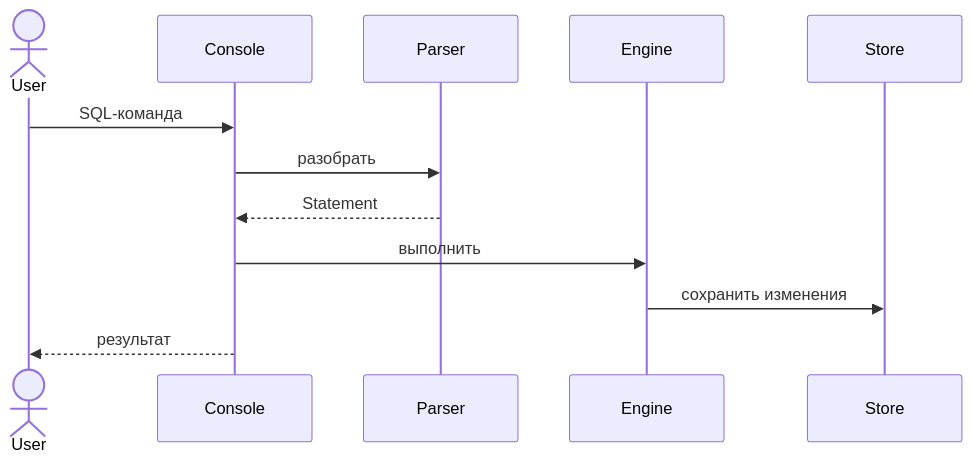
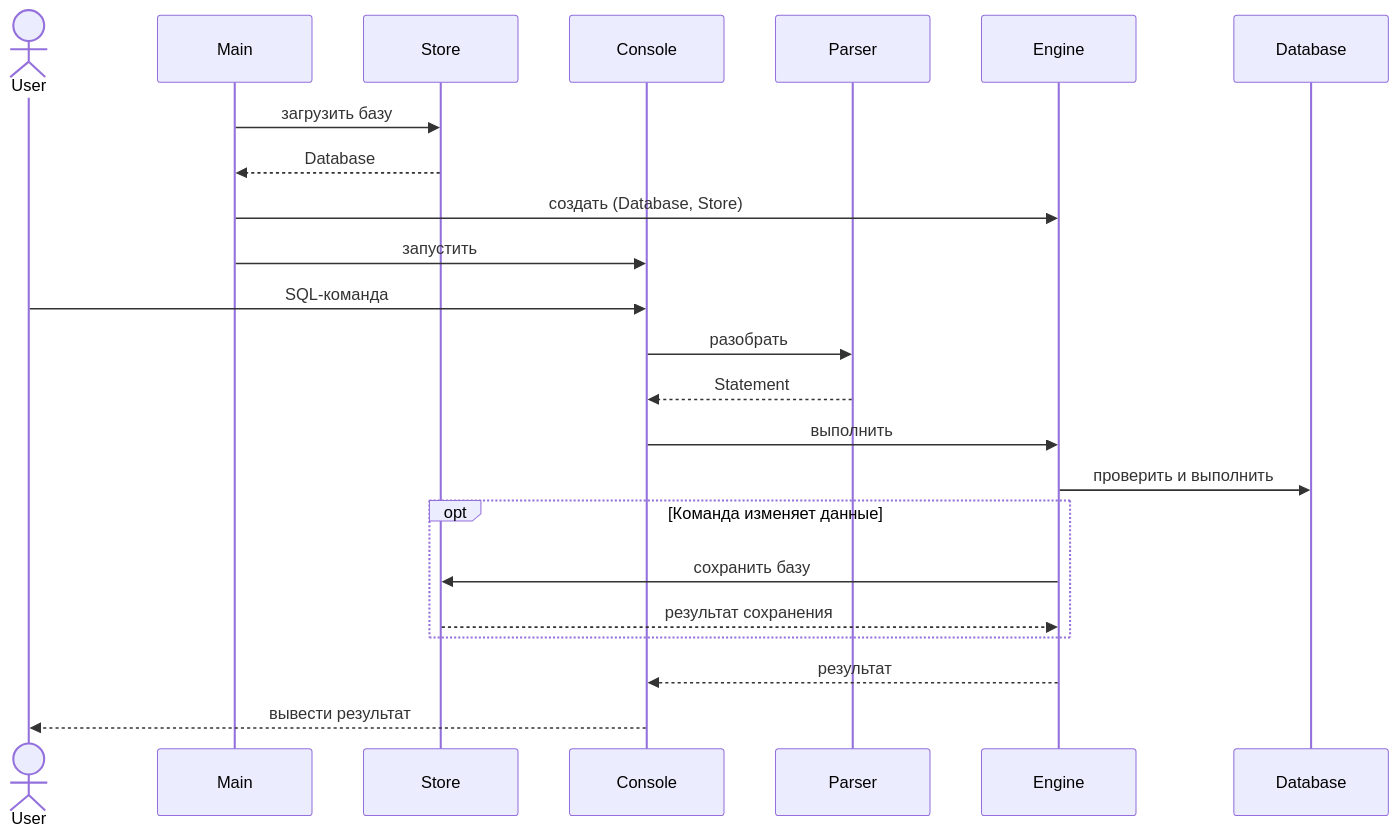
The second of 2 diagrams in README.md (Shurik00712/Java-db-lab), drawn with Mermaid before and after one commit. The commit also changed other lines of this file, not shown here.

````diff
--- a/README.md
+++ b/README.md
@@ -61,10 +66,25 @@
 ```mermaid
 sequenceDiagram
     actor User
+    participant Main
+    participant Store
+    participant Console
+    participant Parser
+    participant Engine
+    participant Database
+    Main->>Store: загрузить базу
+    Store-->>Main: Database
+    Main->>Engine: создать (Database, Store)
+    Main->>Console: запустить
     User->>Console: SQL-команда
     Console->>Parser: разобрать
     Parser-->>Console: Statement
     Console->>Engine: выполнить
-    Engine->>Store: сохранить изменения
-    Console-->>User: результат
+    Engine->>Database: проверить и выполнить
+    opt Команда изменяет данные
+        Engine->>Store: сохранить базу
+        Store-->>Engine: результат сохранения
+    end
+    Engine-->>Console: результат
+    Console-->>User: вывести результат
 ```
````
